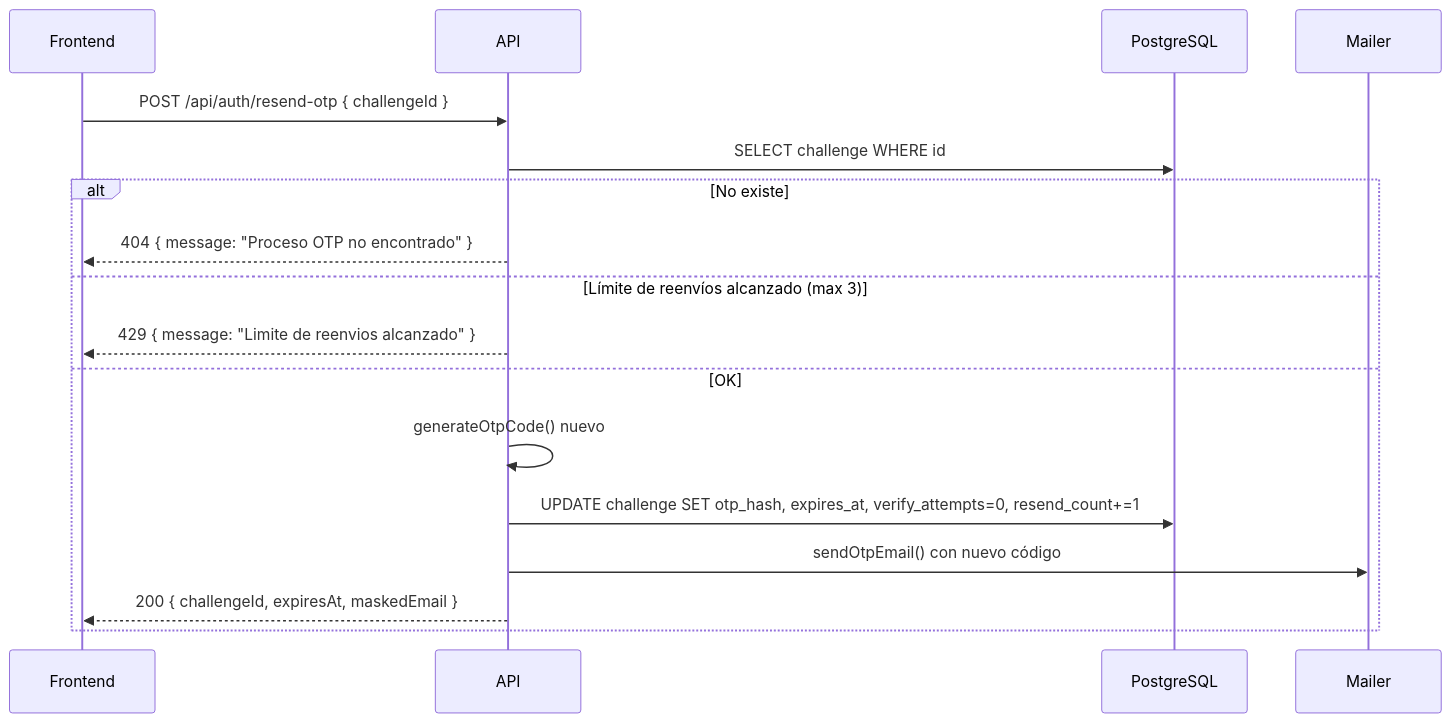
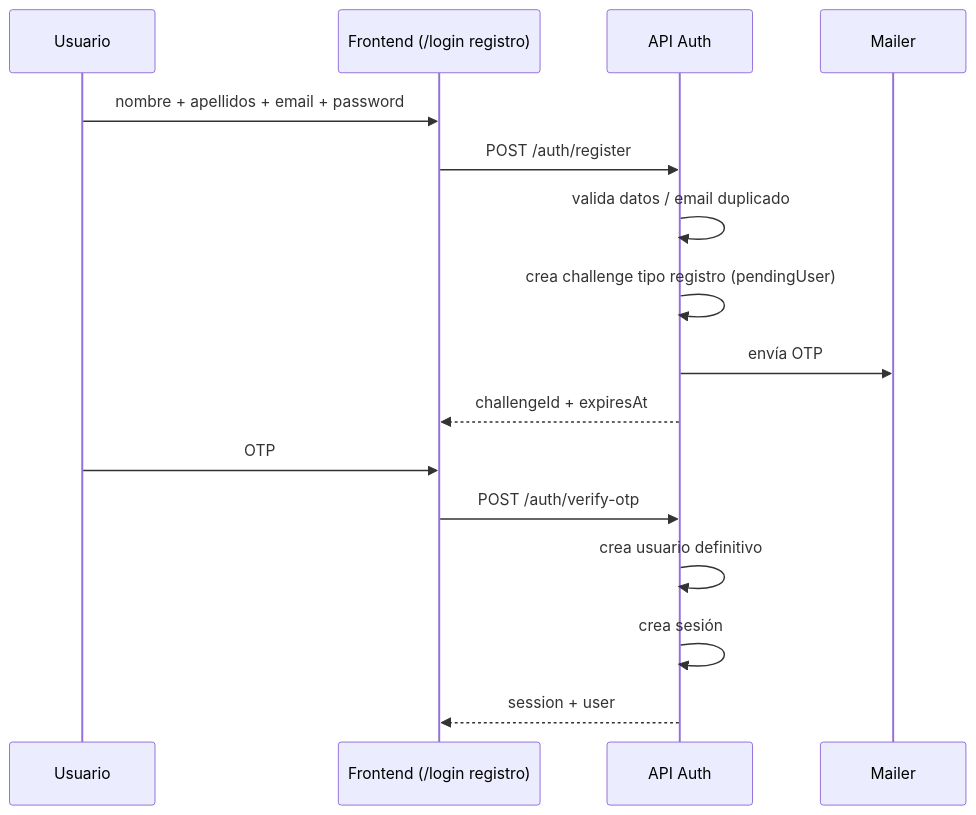
The second of 4 diagrams in API_ANALYSIS.md (Abiel252005/huerto-Connect), drawn with Mermaid before and after one commit. The commit also changed other lines of this file, not shown here.

````diff
--- a/API_ANALYSIS.md
+++ b/API_ANALYSIS.md
@@ -224,20 +100,20 @@
 ```mermaid
 sequenceDiagram
-    participant F as Frontend
-    participant A as API
-    participant DB as PostgreSQL
+    participant U as Usuario
+    participant F as Frontend (/login registro)
+    participant A as API Auth
     participant M as Mailer
 
-    F->>A: POST /api/auth/resend-otp { challengeId }
-    A->>DB: SELECT challenge WHERE id
-    alt No existe
-        A-->>F: 404 { message: "Proceso OTP no encontrado" }
-    else Límite de reenvíos alcanzado (max 3)
-        A-->>F: 429 { message: "Limite de reenvios alcanzado" }
-    else OK
-        A->>A: generateOtpCode() nuevo
-        A->>DB: UPDATE challenge SET otp_hash, expires_at, verify_attempts=0, resend_count+=1
-        A->>M: sendOtpEmail() con nuevo código
-        A-->>F: 200 { challengeId, expiresAt, maskedEmail }
-    end
+    U->>F: nombre + apellidos + email + password
+    F->>A: POST /auth/register
+    A->>A: valida datos / email duplicado
+    A->>A: crea challenge tipo registro (pendingUser)
+    A->>M: envía OTP
+    A-->>F: challengeId + expiresAt
+
+    U->>F: OTP
+    F->>A: POST /auth/verify-otp
+    A->>A: crea usuario definitivo
+    A->>A: crea sesión
+    A-->>F: session + user
 ```
````
